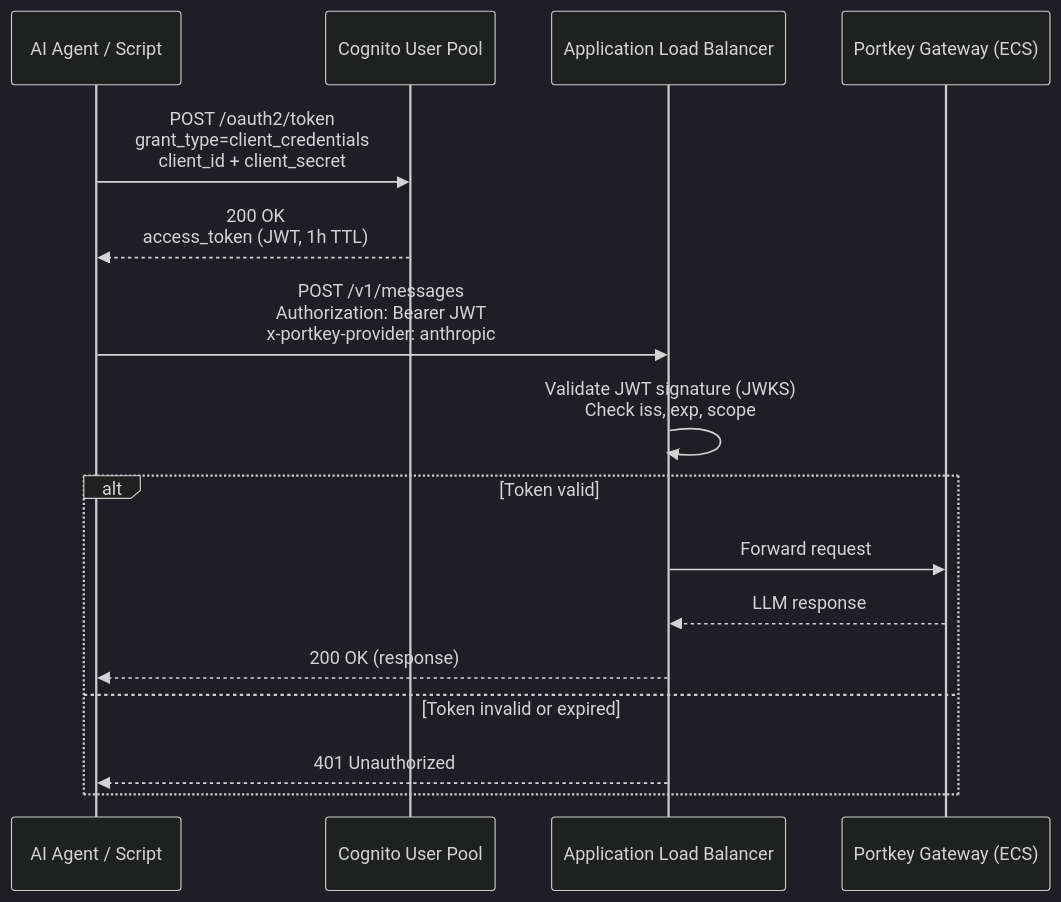
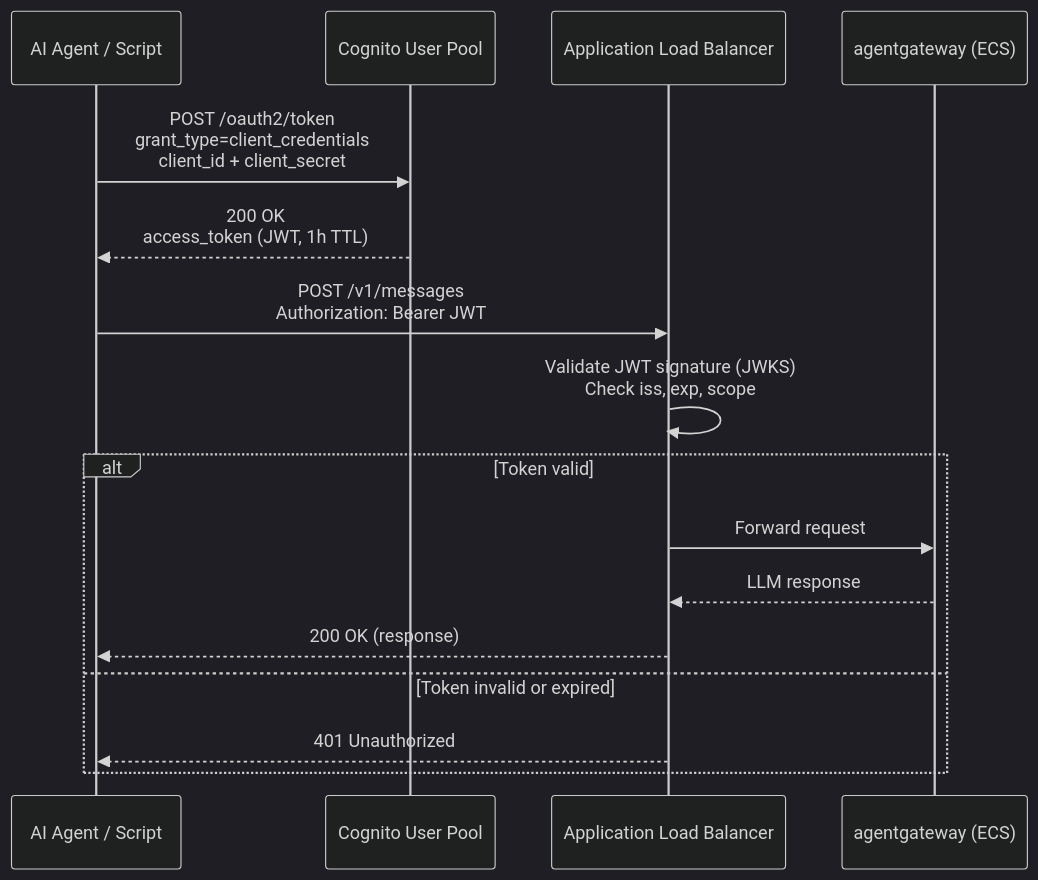
The diagram in docs/src/content/docs/getting-started/authentication.md (theagenticguy/ai-gateway), drawn with Mermaid (dark theme) before and after one commit. The commit also changed other lines of this file and 28 other files, not shown here.

````diff
--- a/docs/src/content/docs/getting-started/authentication.md
+++ b/docs/src/content/docs/getting-started/authentication.md
@@ -21,21 +21,21 @@
 ```mermaid
 sequenceDiagram
     participant Client as AI Agent / Script
     participant Cognito as Cognito User Pool
     participant ALB as Application Load Balancer
-    participant ECS as Portkey Gateway (ECS)
+    participant ECS as agentgateway (ECS)
 
     Client->>Cognito: POST /oauth2/token<br/>grant_type=client_credentials<br/>client_id + client_secret
     Cognito-->>Client: 200 OK<br/>access_token (JWT, 1h TTL)
 
-    Client->>ALB: POST /v1/messages<br/>Authorization: Bearer JWT<br/>x-portkey-provider: anthropic
+    Client->>ALB: POST /v1/messages<br/>Authorization: Bearer JWT
     ALB->>ALB: Validate JWT signature (JWKS)<br/>Check iss, exp, scope
 
     alt Token valid
         ALB->>ECS: Forward request
         ECS-->>ALB: LLM response
         ALB-->>Client: 200 OK (response)
     else Token invalid or expired
         ALB-->>Client: 401 Unauthorized
     end
 ```
````
